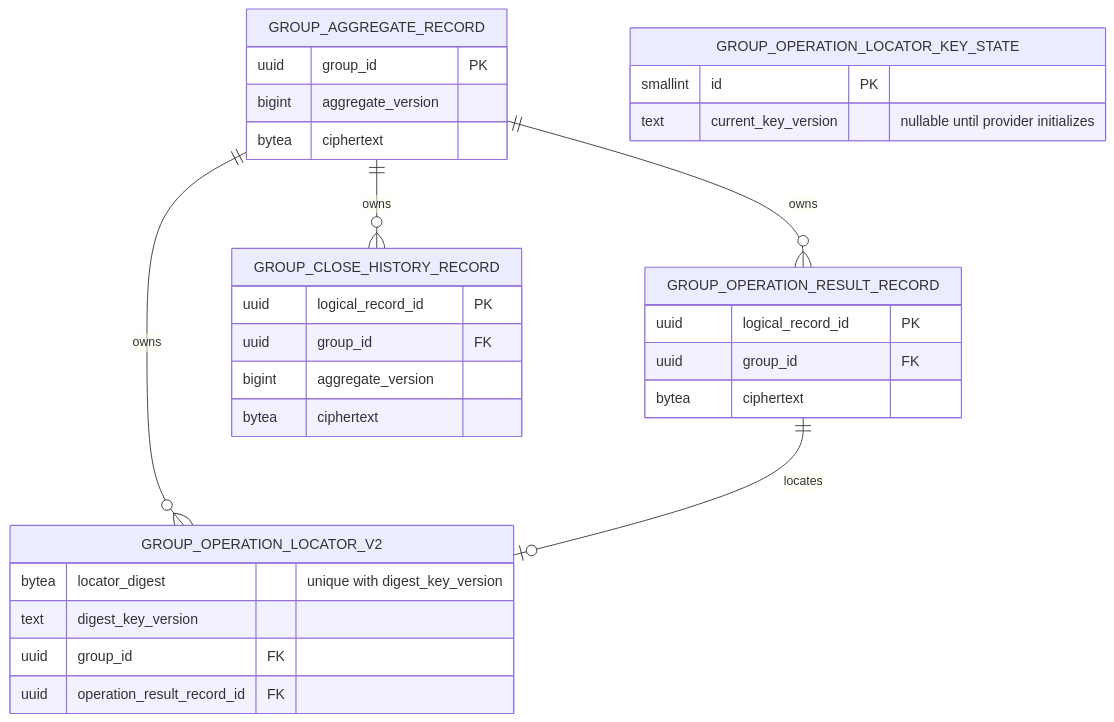
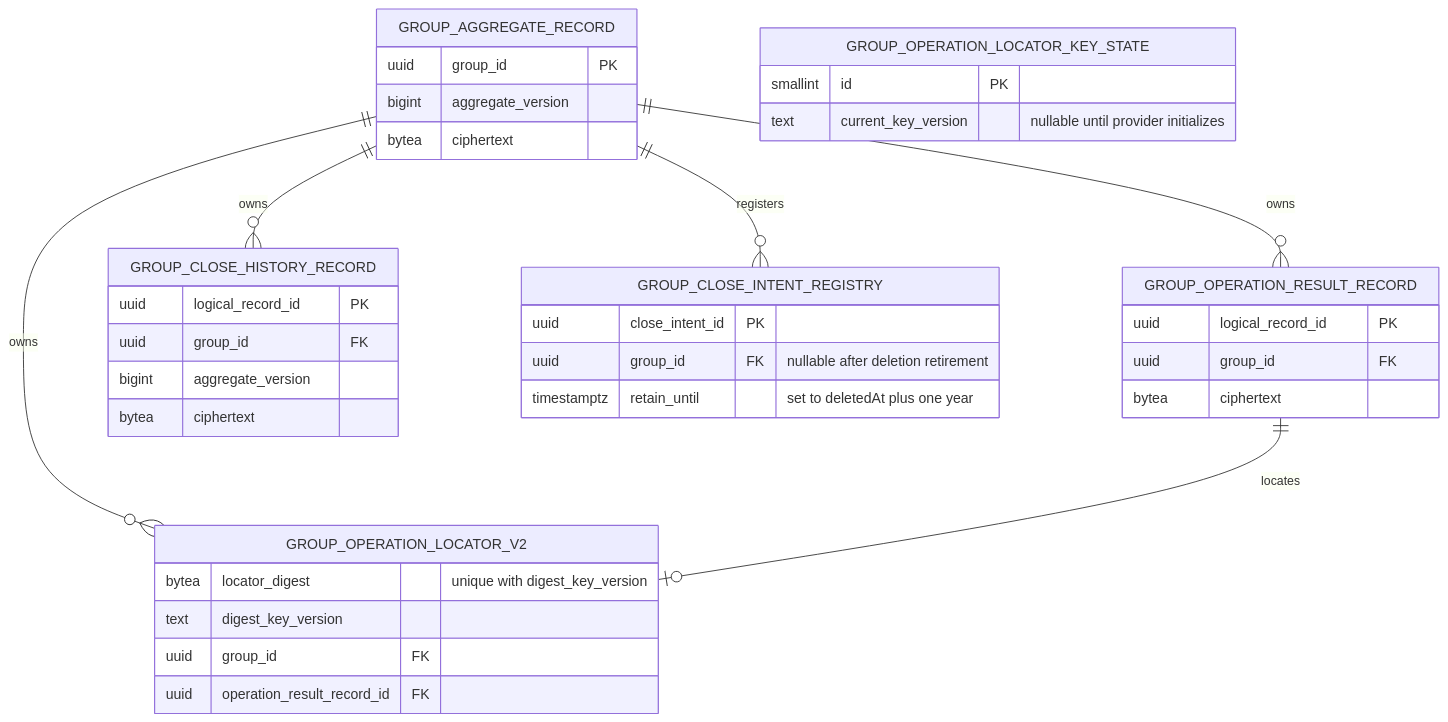
Before and after one commit to takeshi-arihori/kakei_app: the diagram in docs/diagrams/group-management-locator-storage.mermaid.md, drawn with Mermaid. The commit also changed other lines of this file and 15 other files, not shown here.

First line of the commit message:
feat(group): CloseIntentとGroup状態更新を原子化 (#105)

````diff
--- a/docs/diagrams/group-management-locator-storage.mermaid.md
+++ b/docs/diagrams/group-management-locator-storage.mermaid.md
@@ -12,34 +12,40 @@
 ```mermaid
 erDiagram
     GROUP_AGGREGATE_RECORD ||--o{ GROUP_OPERATION_RESULT_RECORD : owns
     GROUP_AGGREGATE_RECORD ||--o{ GROUP_OPERATION_LOCATOR_V2 : owns
     GROUP_OPERATION_RESULT_RECORD ||--o| GROUP_OPERATION_LOCATOR_V2 : locates
     GROUP_AGGREGATE_RECORD ||--o{ GROUP_CLOSE_HISTORY_RECORD : owns
+    GROUP_AGGREGATE_RECORD ||--o{ GROUP_CLOSE_INTENT_REGISTRY : registers
 
     GROUP_AGGREGATE_RECORD {
         uuid group_id PK
         bigint aggregate_version
         bytea ciphertext
     }
     GROUP_OPERATION_RESULT_RECORD {
         uuid logical_record_id PK
         uuid group_id FK
         bytea ciphertext
     }
     GROUP_OPERATION_LOCATOR_V2 {
         bytea locator_digest "unique with digest_key_version"
         text digest_key_version
         uuid group_id FK
         uuid operation_result_record_id FK
     }
     GROUP_CLOSE_HISTORY_RECORD {
         uuid logical_record_id PK
         uuid group_id FK
         bigint aggregate_version
         bytea ciphertext
     }
+    GROUP_CLOSE_INTENT_REGISTRY {
+        uuid close_intent_id PK
+        uuid group_id FK "nullable after deletion retirement"
+        timestamptz retain_until "set to deletedAt plus one year"
+    }
     GROUP_OPERATION_LOCATOR_KEY_STATE {
         smallint id PK
         text current_key_version "nullable until provider initializes"
     }
 ```
````
